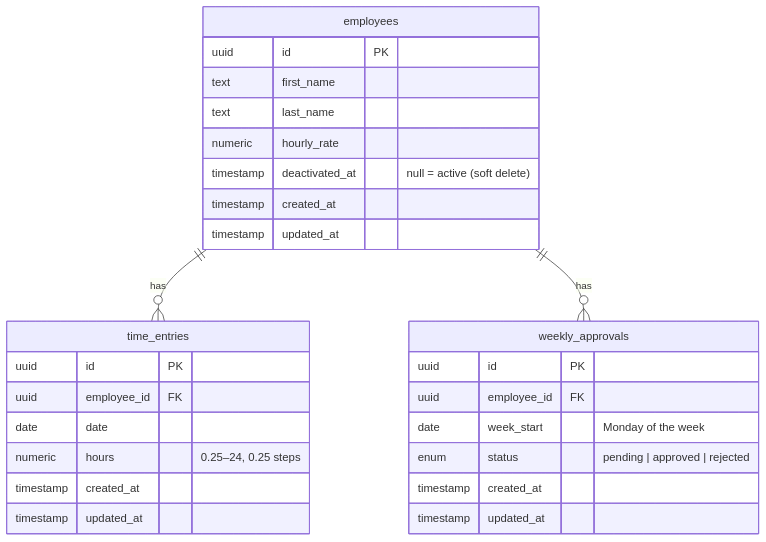
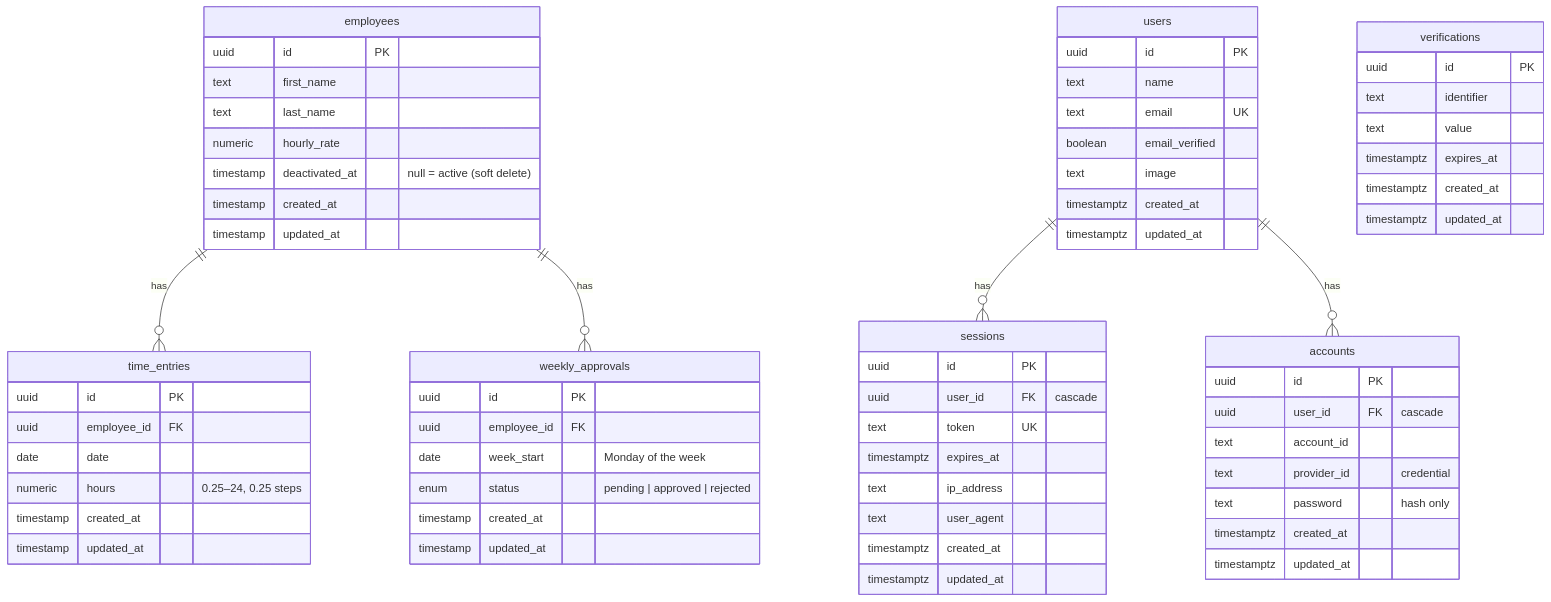
The diagram in docs/diagrams/data-model.md (MATREYcr/timesheet-tracker), drawn with Mermaid before and after one commit. The commit also changed other lines of this file and 5 other files, not shown here.

````diff
--- a/docs/diagrams/data-model.md
+++ b/docs/diagrams/data-model.md
@@ -7,31 +7,69 @@
 ```mermaid
 erDiagram
     employees ||--o{ time_entries : "has"
     employees ||--o{ weekly_approvals : "has"
+    users ||--o{ sessions : "has"
+    users ||--o{ accounts : "has"
 
     employees {
         uuid id PK
         text first_name
         text last_name
         numeric hourly_rate
         timestamp deactivated_at "null = active (soft delete)"
         timestamp created_at
         timestamp updated_at
     }
     time_entries {
         uuid id PK
         uuid employee_id FK
         date date
         numeric hours "0.25–24, 0.25 steps"
         timestamp created_at
         timestamp updated_at
     }
     weekly_approvals {
         uuid id PK
         uuid employee_id FK
         date week_start "Monday of the week"
         enum status "pending | approved | rejected"
         timestamp created_at
         timestamp updated_at
     }
+    users {
+        uuid id PK
+        text name
+        text email UK
+        boolean email_verified
+        text image
+        timestamptz created_at
+        timestamptz updated_at
+    }
+    sessions {
+        uuid id PK
+        uuid user_id FK "cascade"
+        text token UK
+        timestamptz expires_at
+        text ip_address
+        text user_agent
+        timestamptz created_at
+        timestamptz updated_at
+    }
+    accounts {
+        uuid id PK
+        uuid user_id FK "cascade"
+        text account_id
+        text provider_id "credential"
+        text password "hash only"
+        timestamptz created_at
+        timestamptz updated_at
+    }
+    verifications {
+        uuid id PK
+        text identifier
+        text value
+        timestamptz expires_at
+        timestamptz created_at
+        timestamptz updated_at
+    }
 ```
````
